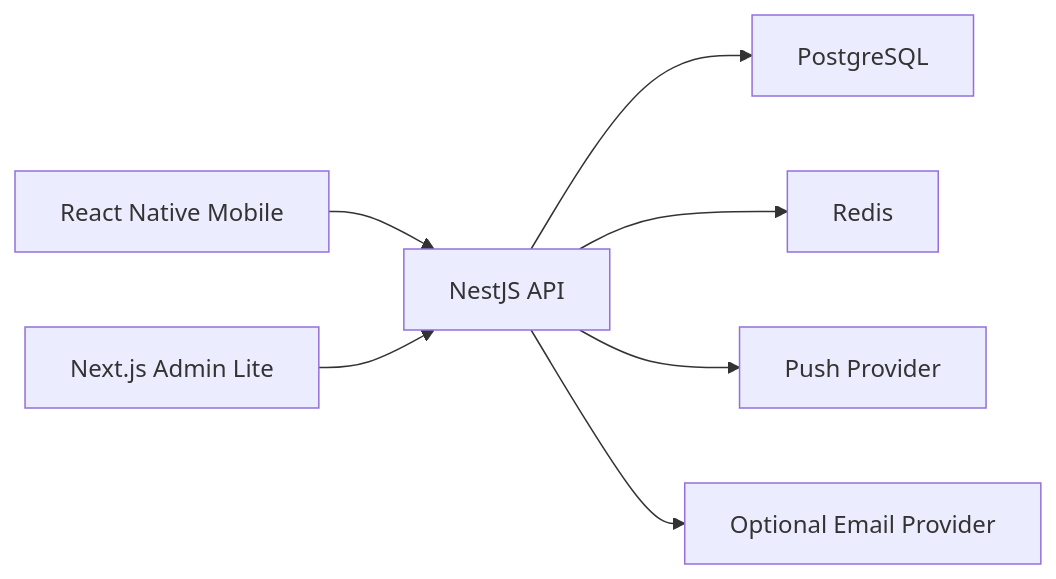
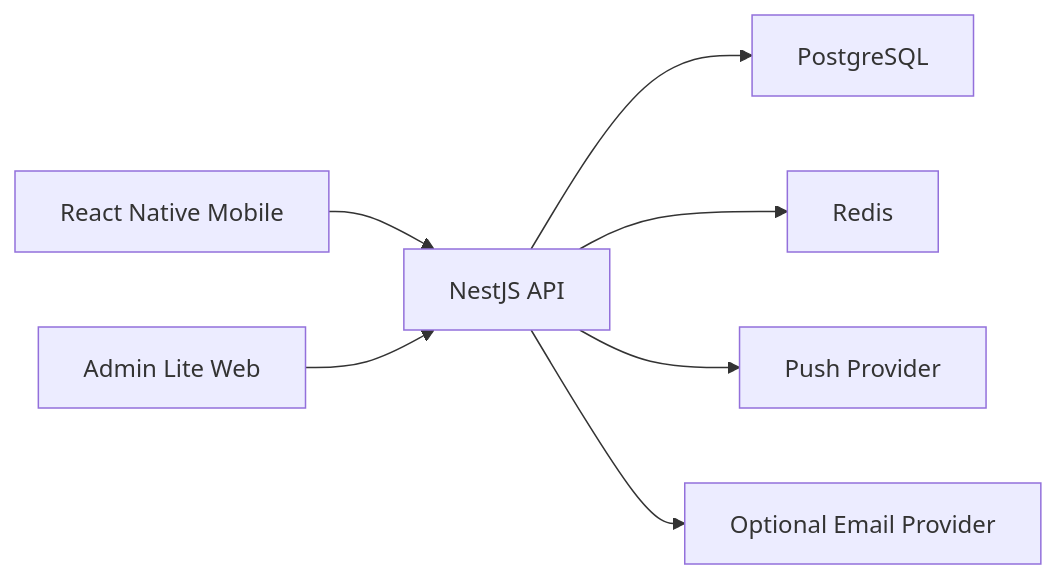
Before and after one commit to PutintsevSergii/jp2-knights-app: the diagram in docs/architecture/architecture-overview.md, drawn with Mermaid. The commit also changed other lines of this file and 41 other files, not shown here.

````diff
--- a/docs/architecture/architecture-overview.md
+++ b/docs/architecture/architecture-overview.md
@@ -16,9 +17,9 @@
 ```mermaid
 flowchart LR
   Mobile["React Native Mobile"] --> API["NestJS API"]
-  Admin["Next.js Admin Lite"] --> API
+  Admin["Admin Lite Web"] --> API
   API --> PG["PostgreSQL"]
   API --> Redis["Redis"]
   API --> Push["Push Provider"]
   API --> Email["Optional Email Provider"]
 ```
````
